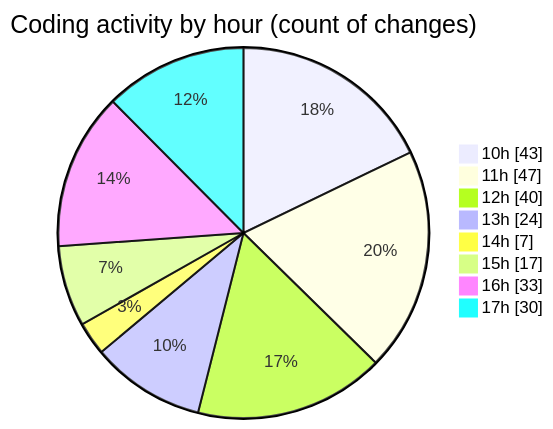
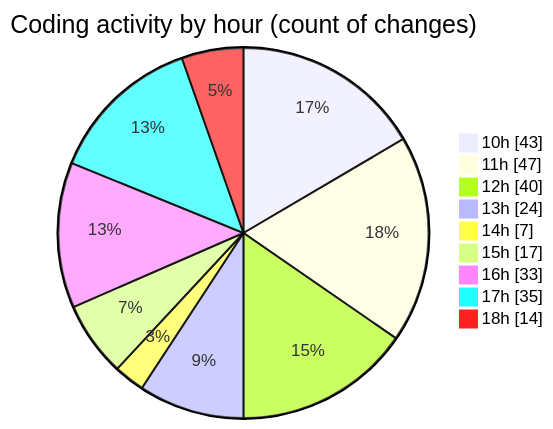
Before and after one commit to momahboobian/code-tracking: the second of 2 diagrams in 2025-02-10/cda/README.md, drawn with Mermaid. The commit also changed other lines of this file and 1 other file, not shown here.

````diff
--- a/2025-02-10/cda/README.md
+++ b/2025-02-10/cda/README.md
@@ -35,12 +35,13 @@
 ```mermaid
 pie showData
 title Coding activity by hour (count of changes)
 "10h" : 43
 "11h" : 47
 "12h" : 40
 "13h" : 24
 "14h" : 7
 "15h" : 17
 "16h" : 33
-"17h" : 30
+"17h" : 35
+"18h" : 14
 ```
````
